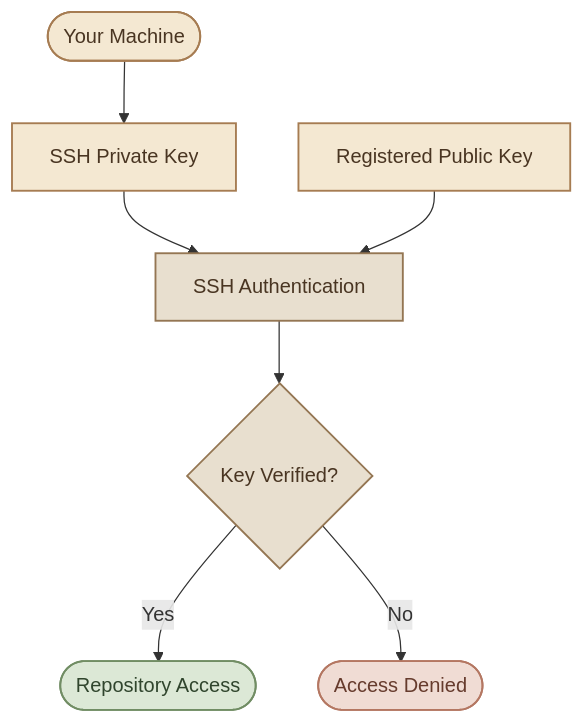
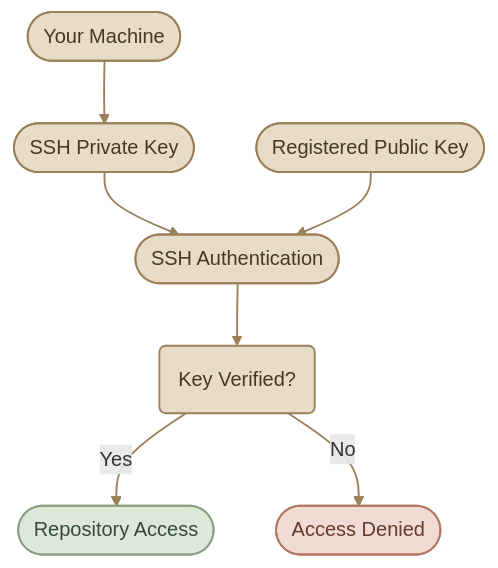
Before and after one commit to mustafammasoud/ops-handbook: the first of 5 diagrams in content/version-control/Git and GitHub/git-security-and-troubleshooting.mdx, drawn with Mermaid. The commit also changed other lines of this file and 17 other files, not shown here.

````diff
--- a/content/version-control/Git and GitHub/git-security-and-troubleshooting.mdx
+++ b/content/version-control/Git and GitHub/git-security-and-troubleshooting.mdx
@@ -54,19 +54,21 @@
 ```mermaid
 flowchart TD
-    A(["Your Machine"]) --> B["SSH Private Key"]
-    B --> C["SSH Authentication"]
-    D["Registered Public Key"] --> C
-    C --> E{"Key Verified?"}
+    A(["Your Machine"]) --> B(["SSH Private Key"])
+    B --> C(["SSH Authentication"])
+    D(["Registered Public Key"]) --> C
+    C --> E("Key Verified?")
     E -->|Yes| F(["Repository Access"])
     E -->|No| G(["Access Denied"])
 
-    classDef local fill:#f4e8d2,stroke:#a67c52,color:#493522,stroke-width:1.5px;
-    classDef process fill:#e8dfcf,stroke:#947653,color:#493522,stroke-width:1.5px;
-    classDef success fill:#dce8d6,stroke:#718d64,color:#30452d,stroke-width:1.5px;
-    classDef failure fill:#f0dcd4,stroke:#b47762,color:#663b2d,stroke-width:1.5px;
+    classDef local fill:#E7DCC8,stroke:#9B8059,color:#493722,stroke-width:1.5px
+    classDef process fill:#E7DCC8,stroke:#9B8059,color:#493722,stroke-width:1.5px
+    classDef success fill:#DDE8D8,stroke:#8AA184,color:#344B38,stroke-width:1.5px
+    classDef failure fill:#f0dcd4,stroke:#b47762,color:#663b2d,stroke-width:1.5px
 
     class A,B,D local;
     class C,E process;
     class F success;
     class G failure;
+
+    linkStyle default stroke:#9B8059,stroke-width:1.5px
 ```
````
